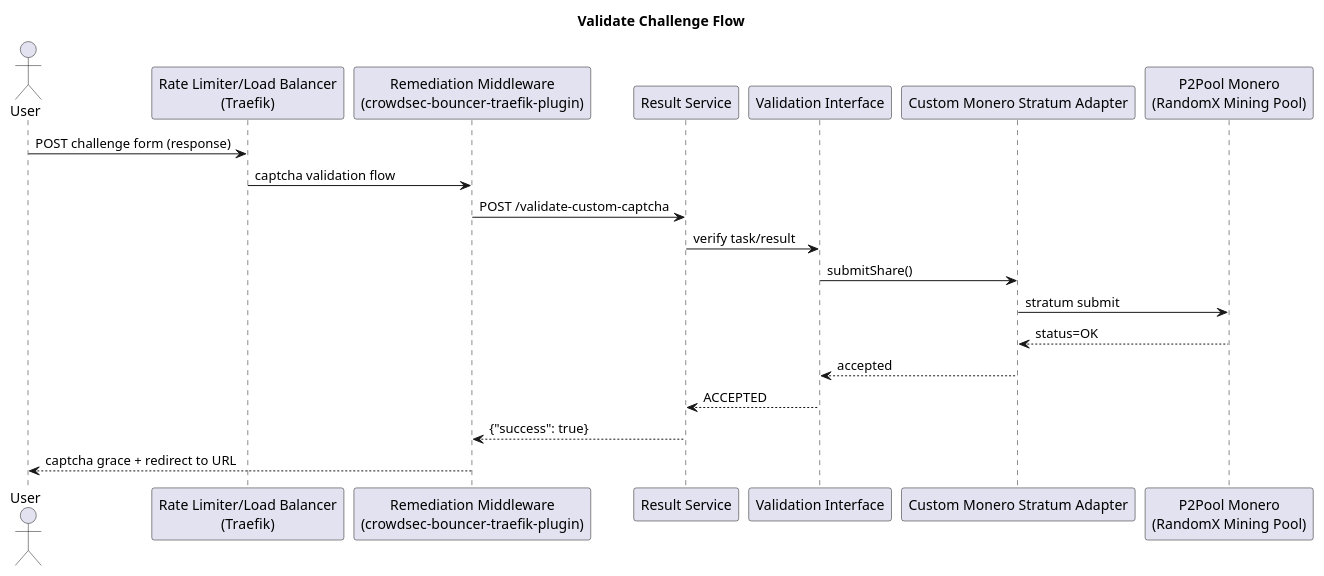
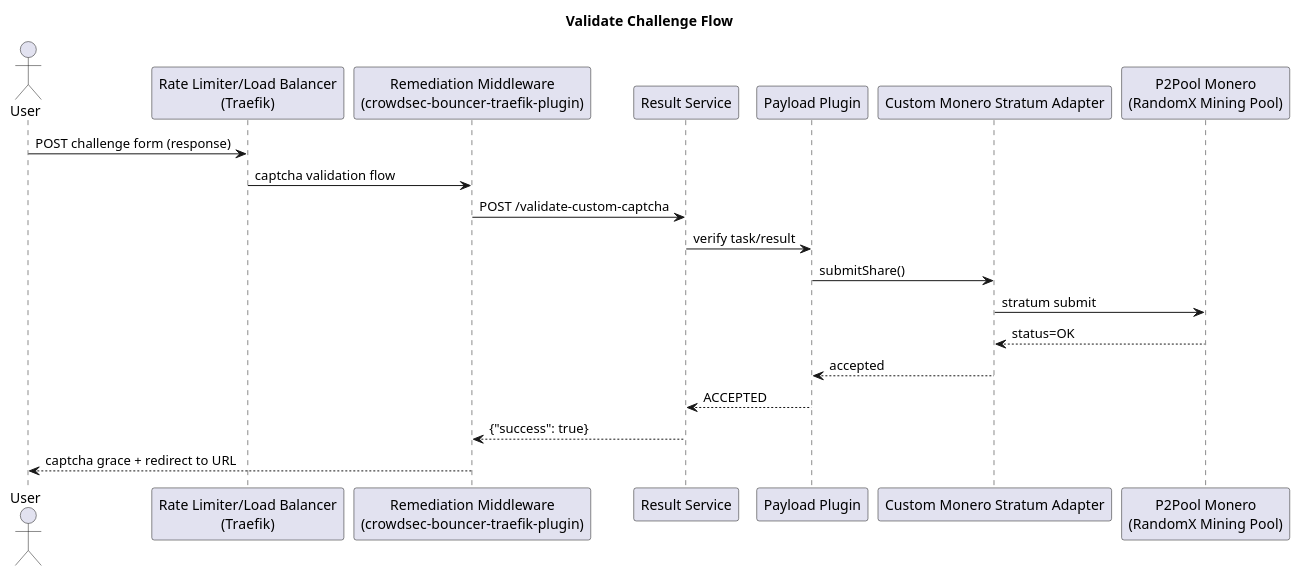
Before and after one commit to bors2908/pouwer: the diagram in docs/charts/challenge-sequence/validate.puml, drawn with PlantUML. The commit also changed 2 other files, not shown here.

```diff
--- a/docs/charts/challenge-sequence/validate.puml
+++ b/docs/charts/challenge-sequence/validate.puml
@@ -1,28 +1,28 @@
 @startuml
 title Validate Challenge Flow
 
 skinparam shadowing false
 skinparam responseMessageBelowArrow true
 
 actor User
 participant "Rate Limiter/Load Balancer\n(Traefik)" as RateLimiter
 participant "Remediation Middleware\n(crowdsec-bouncer-traefik-plugin)" as Middleware
 participant "Result Service" as ResultService
-participant "Validation Interface" as ValidationIF
+participant "Payload Plugin" as ValidationIF
 participant "Custom Monero Stratum Adapter" as MoneroAdapter
 participant "P2Pool Monero\n(RandomX Mining Pool)" as P2Pool
 
 User -> RateLimiter: POST challenge form (response)
 RateLimiter -> Middleware: captcha validation flow
 Middleware -> ResultService: POST /validate-custom-captcha
 ResultService -> ValidationIF: verify task/result
 ValidationIF -> MoneroAdapter: submitShare()
 MoneroAdapter -> P2Pool: stratum submit
 P2Pool --> MoneroAdapter: status=OK
 MoneroAdapter --> ValidationIF: accepted
 ValidationIF --> ResultService: ACCEPTED
 ResultService --> Middleware: {"success": true}
 
 Middleware --> User: captcha grace + redirect to URL
 
 @enduml
```
